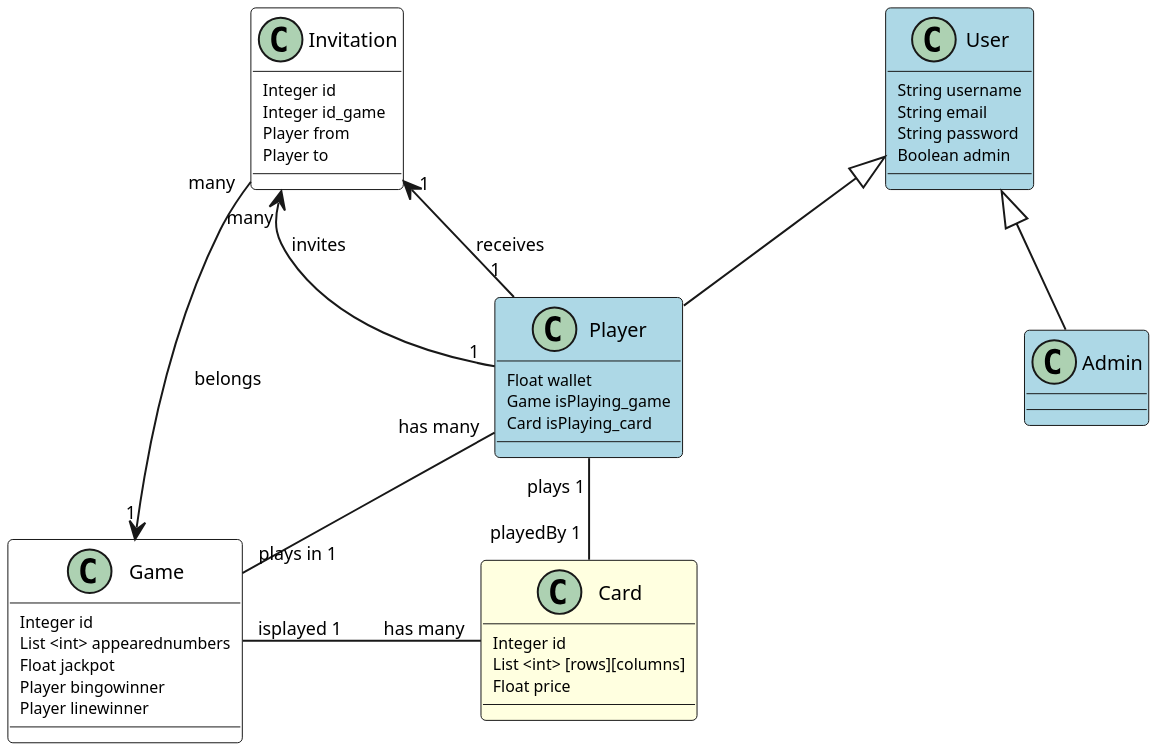
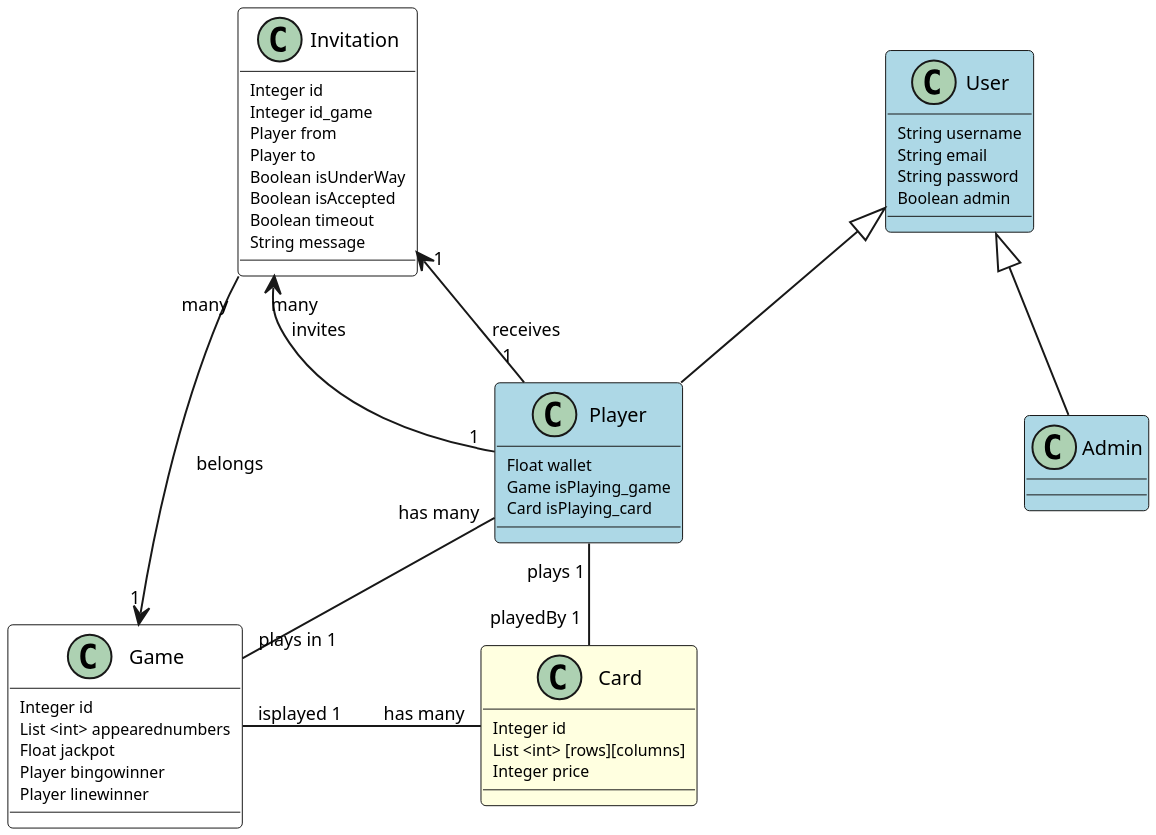
Before and after one commit to UdL-EPS-SoftArch/webingo-geiade-api: the diagram in uml.puml, drawn with PlantUML.

Commit message:
uml modified

```diff
--- a/uml.puml
+++ b/uml.puml
@@ -1,61 +1,65 @@
 @startuml
 scale 800*800
 skinparam dpi 200
 skinparam classAttributeFontSize 8
 skinparam classArrowFontSize 9
 skinparam classFontSize 10
 skinparam nodesep 120
 skinparam ranksep 40
 hide stereotype
 skinparam class {
 	BackgroundColor White
 	BackgroundColor<<User>> LightBlue
 	BackgroundColor<<Card>> LightYellow
 }
 
 class Card <<Card>> {
     Integer id
     List <int> [rows][columns]
-    Float price
+    Integer price
 }
 
 class Invitation <<Invitation>> {
     Integer id
     Integer id_game
     Player from
     Player to
+    Boolean isUnderWay
+    Boolean isAccepted
+    Boolean timeout
+    String message
 }
 
 class Game <<Game>> {
     Integer id
     List <int> appearednumbers
     Float jackpot
     Player bingowinner
     Player linewinner
 }
 Card "has many" -left- "isplayed 1" Game
 
 class User <<User>> {
     String username
     String email
     String password
     Boolean admin
 
 }
 
 class Player <<User>> extends User {
     Float wallet
     Game isPlaying_game
     Card isPlaying_card
 }
 Card "playedBy 1" -- "plays 1" Player
 Game "plays in 1" -up- "has many" Player
 Invitation "many" <-- "1" Player : invites
 Invitation "1" <-- "1" Player : receives
 Invitation "many" --> "1" Game : belongs
 
 
 class Admin <<User>> extends User {
 
 }
 @enduml
```
